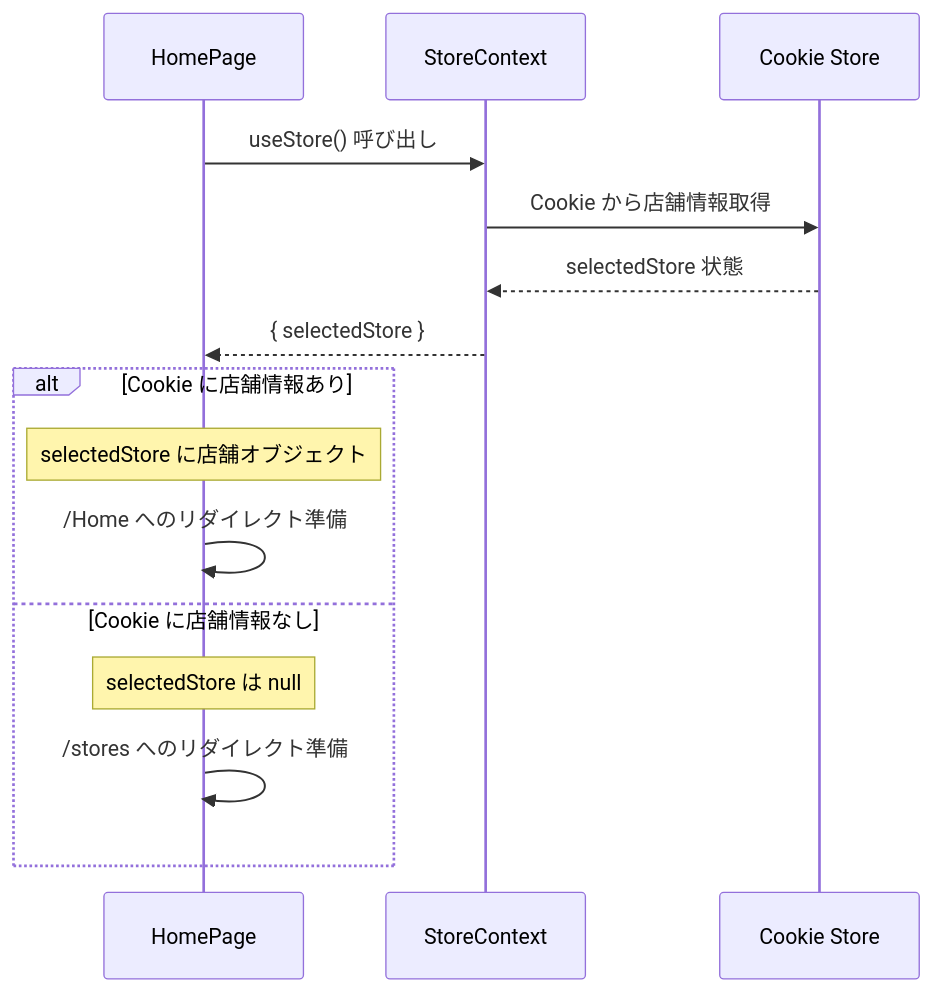
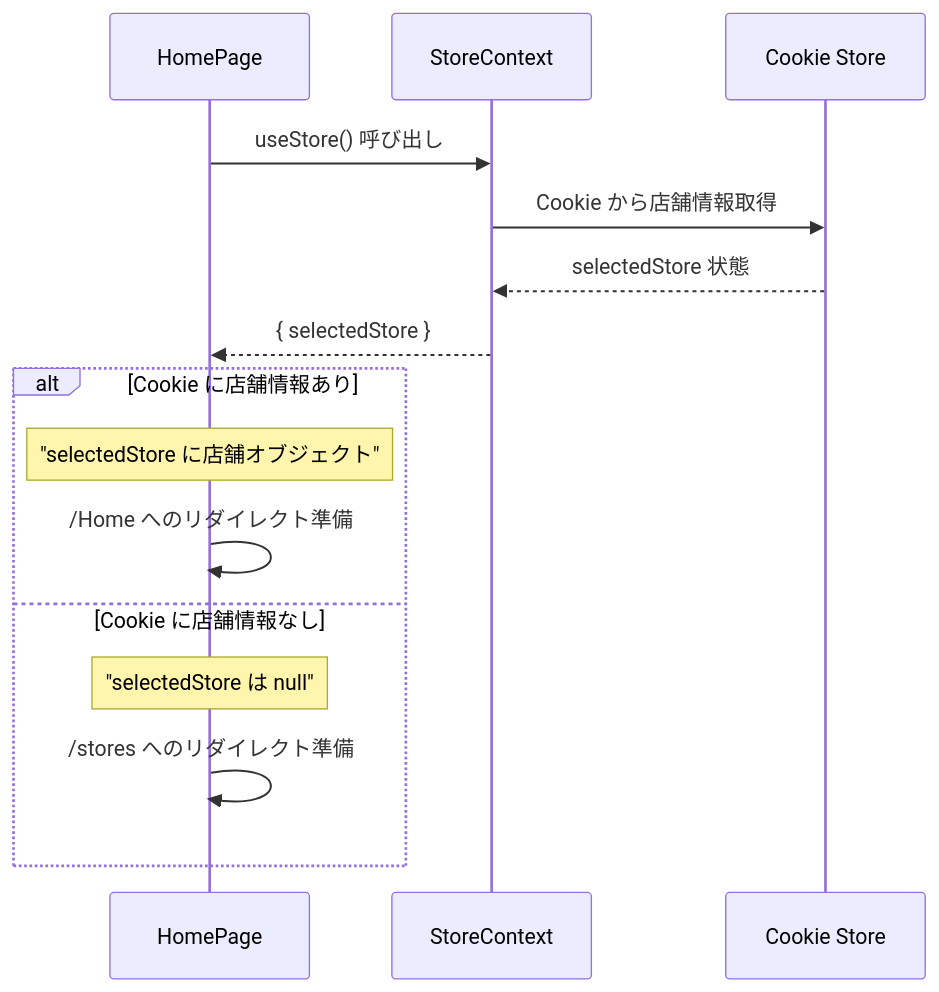
The fourth of 7 diagrams in document/pages/sequence/root.md (wasabi49/ocs-systemDevelopmentExercises), drawn with Mermaid before and after one commit. The commit also changed other lines of this file and 42 other files, not shown here.

First line of the commit message:
fix: mermaidシーケンス図のNote over文でダブルクォーテーション不足を修正

````diff
--- a/document/pages/sequence/root.md
+++ b/document/pages/sequence/root.md
@@ -77,19 +77,19 @@
 ```mermaid
 sequenceDiagram
     participant Page as HomePage
     participant Context as StoreContext
     participant Cookie as Cookie Store
 
     Page->>Context: useStore() 呼び出し
     Context->>Cookie: Cookie から店舗情報取得
     Cookie-->>Context: selectedStore 状態
     Context-->>Page: { selectedStore }
     
     alt Cookie に店舗情報あり
-        Note over Page: selectedStore に店舗オブジェクト
+        Note over Page: "selectedStore に店舗オブジェクト"
         Page->>Page: /Home へのリダイレクト準備
     else Cookie に店舗情報なし
-        Note over Page: selectedStore は null
+        Note over Page: "selectedStore は null"
         Page->>Page: /stores へのリダイレクト準備
     end
 ```
````
